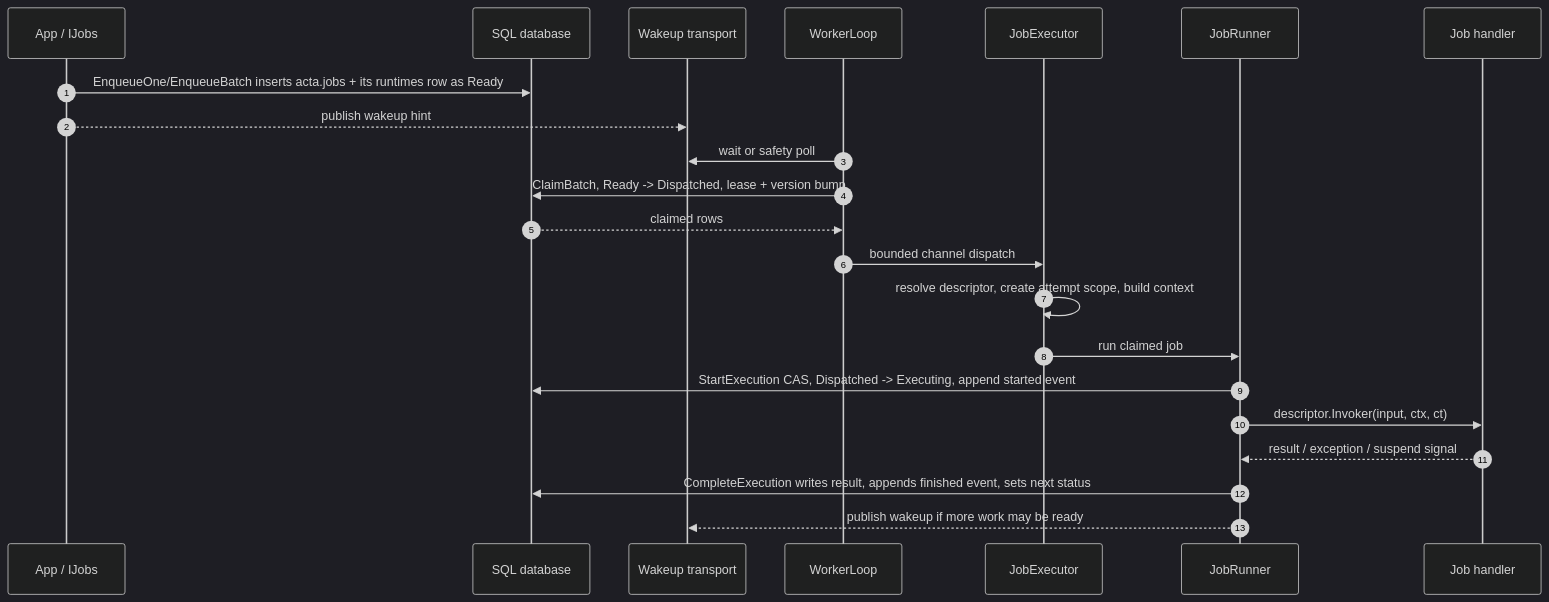
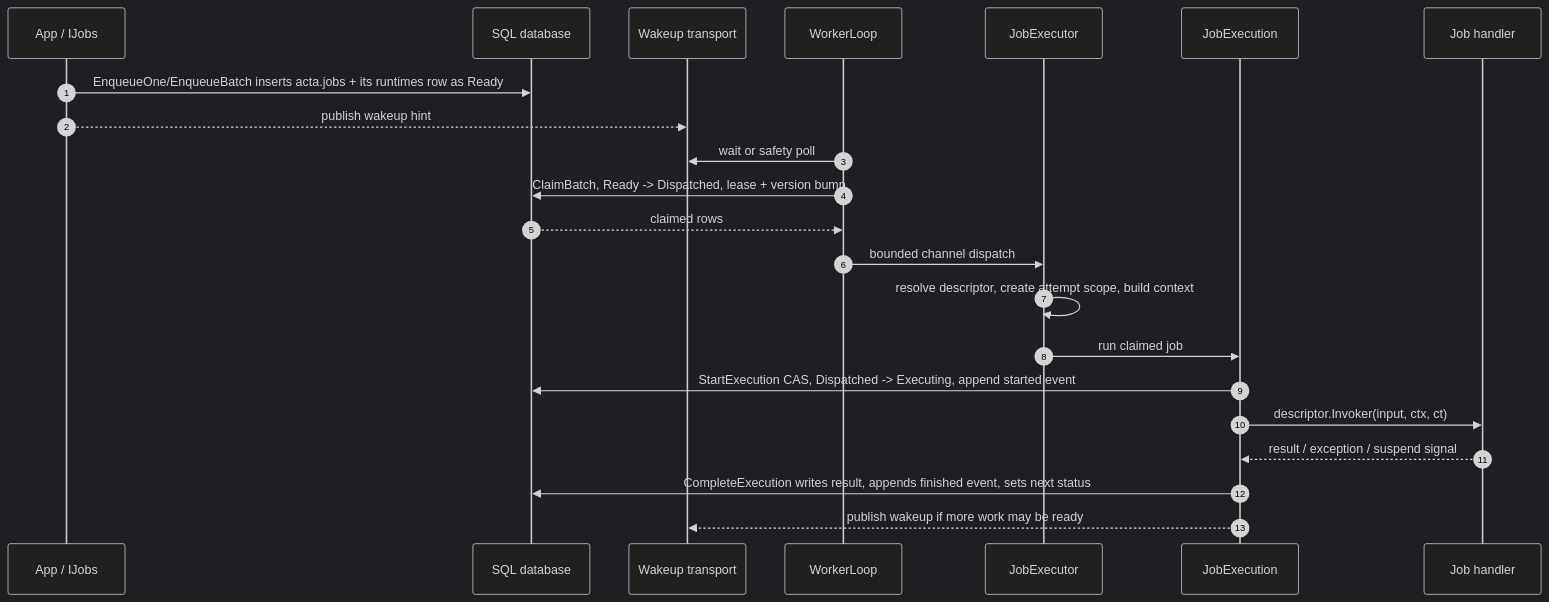
Before and after one commit to acta-dotnet/acta: the third of 6 diagrams in docs/technical/architecture-diagrams.md, drawn with Mermaid (dark theme). The commit also changed other lines of this file and 14 other files, not shown here.

````diff
--- a/docs/technical/architecture-diagrams.md
+++ b/docs/technical/architecture-diagrams.md
@@ -119,25 +119,25 @@
 ```mermaid
 sequenceDiagram
     autonumber
     participant Producer as App / IJobs
     participant DB as SQL database
     participant Wake as Wakeup transport
     participant WLoop as WorkerLoop
     participant Exec as JobExecutor
-    participant Runner as JobRunner
+    participant Execution as JobExecution
     participant Handler as Job handler
 
     Producer->>DB: EnqueueOne/EnqueueBatch inserts acta.jobs + its runtimes row as Ready
     Producer-->>Wake: publish wakeup hint
     WLoop->>Wake: wait or safety poll
     WLoop->>DB: ClaimBatch, Ready -> Dispatched, lease + version bump
     DB-->>WLoop: claimed rows
     WLoop->>Exec: bounded channel dispatch
     Exec->>Exec: resolve descriptor, create attempt scope, build context
-    Exec->>Runner: run claimed job
-    Runner->>DB: StartExecution CAS, Dispatched -> Executing, append started event
-    Runner->>Handler: descriptor.Invoker(input, ctx, ct)
-    Handler-->>Runner: result / exception / suspend signal
-    Runner->>DB: CompleteExecution writes result, appends finished event, sets next status
-    Runner-->>Wake: publish wakeup if more work may be ready
+    Exec->>Execution: run claimed job
+    Execution->>DB: StartExecution CAS, Dispatched -> Executing, append started event
+    Execution->>Handler: descriptor.Invoker(input, ctx, ct)
+    Handler-->>Execution: result / exception / suspend signal
+    Execution->>DB: CompleteExecution writes result, appends finished event, sets next status
+    Execution-->>Wake: publish wakeup if more work may be ready
 ```
````
